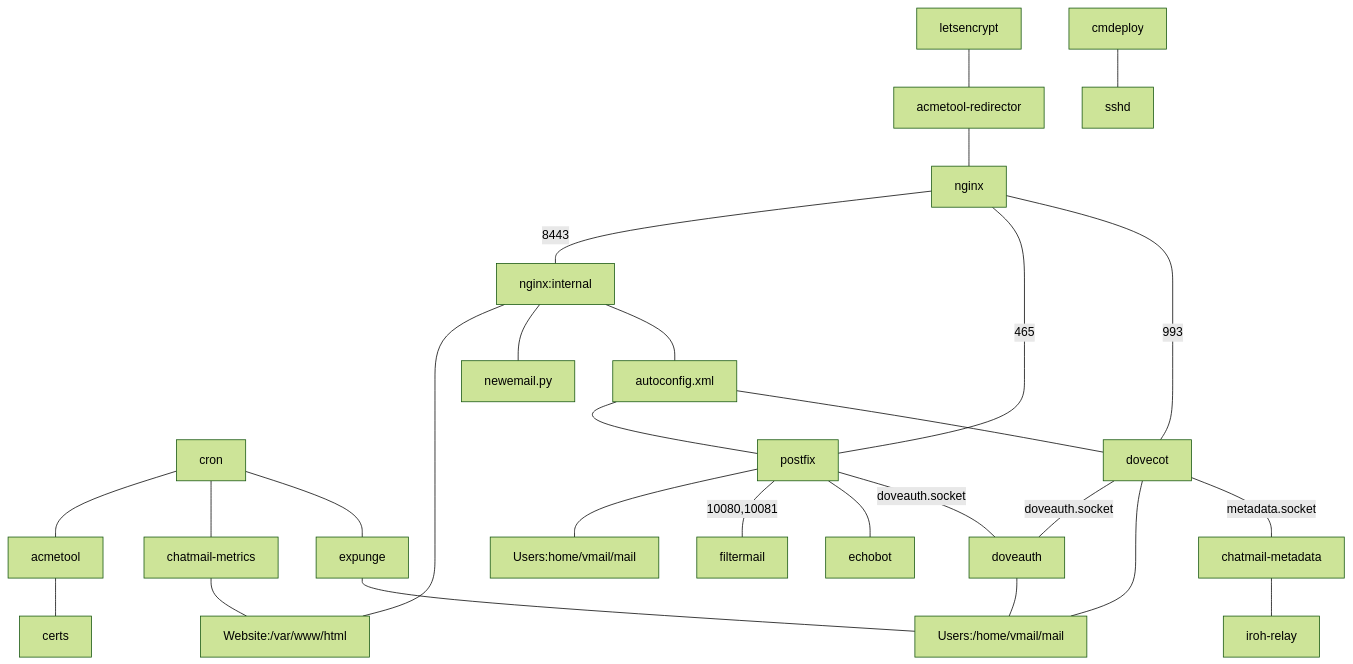
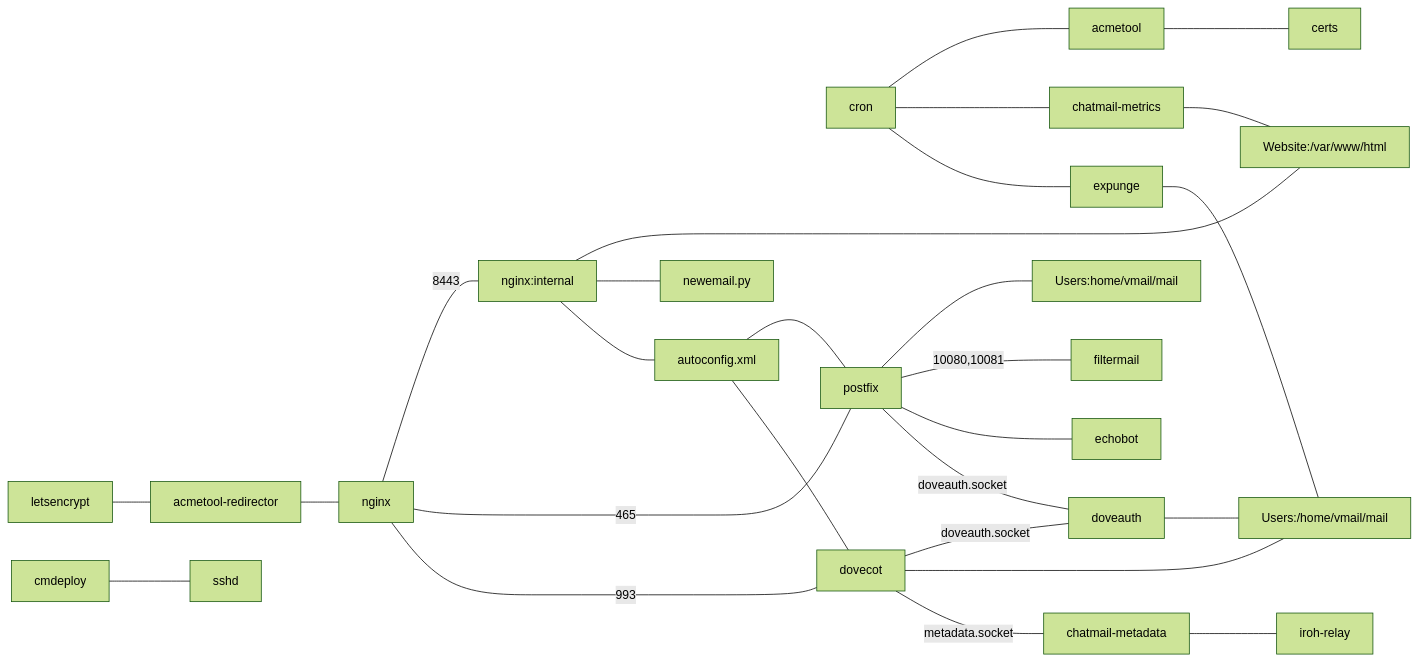
Before and after one commit to cliffmccarthy/chatmail-relay: the diagram in ARCHITECTURE.md, drawn with Mermaid (forest theme).

Commit message:
Flip axes again

````diff
--- a/ARCHITECTURE.md
+++ b/ARCHITECTURE.md
@@ -4,29 +4,29 @@
 ```mermaid
-graph TD;
+graph LR;
     letsencrypt --- acmetool-redirector;
     acmetool-redirector --- nginx;
     nginx --- |8443|nginx:internal;
     nginx:internal --- Website:/var/www/html;
     nginx:internal --- newemail.py;
     nginx:internal --- autoconfig.xml;
     cron --- acmetool;
     cron --- chatmail-metrics;
     cron --- expunge;
     chatmail-metrics --- Website:/var/www/html;
     acmetool --- certs;
     nginx --- |465|postfix;
     nginx --- |993|dovecot;
     autoconfig.xml --- postfix;
     autoconfig.xml --- dovecot;
     postfix --- Users:home/vmail/mail;
     postfix --- |10080,10081|filtermail;
     postfix --- echobot;
     postfix --- |doveauth.socket|doveauth;
     dovecot --- |doveauth.socket|doveauth;
     dovecot --- Users:/home/vmail/mail;
     dovecot --- |metadata.socket|chatmail-metadata;
     doveauth --- Users:/home/vmail/mail;
     expunge --- Users:/home/vmail/mail;
     chatmail-metadata --- iroh-relay;
     cmdeploy --- sshd;
 ```
````
